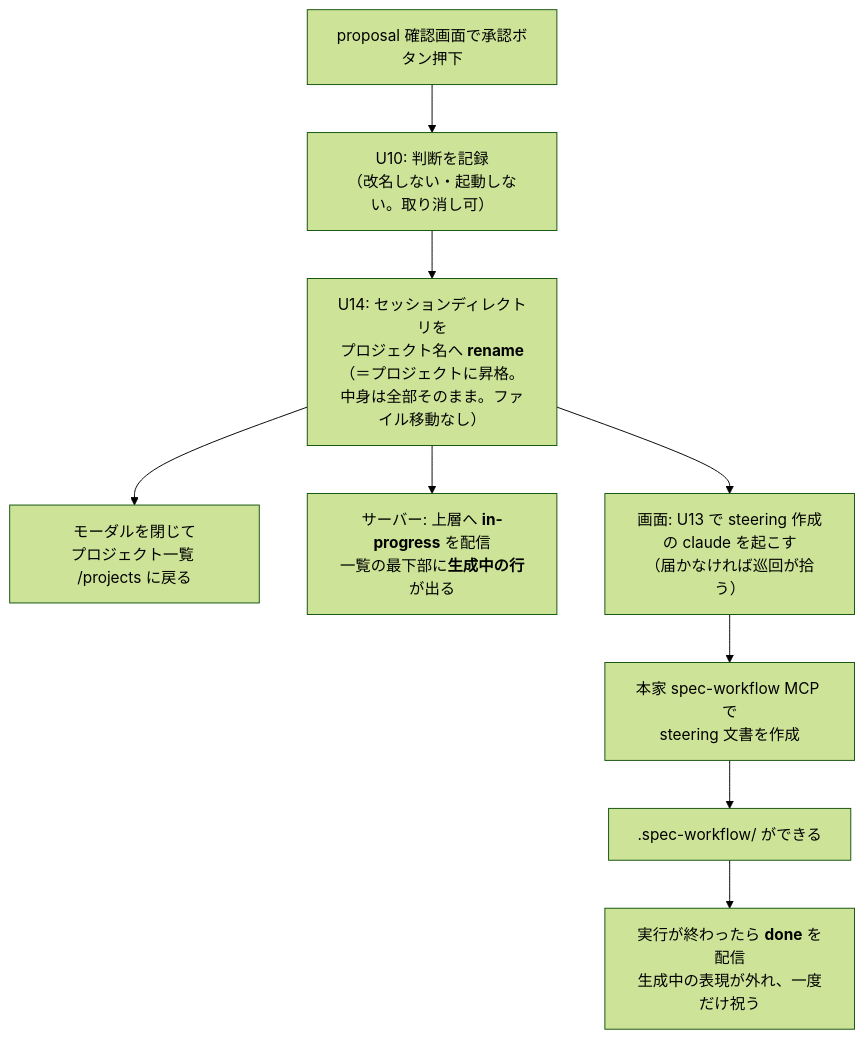
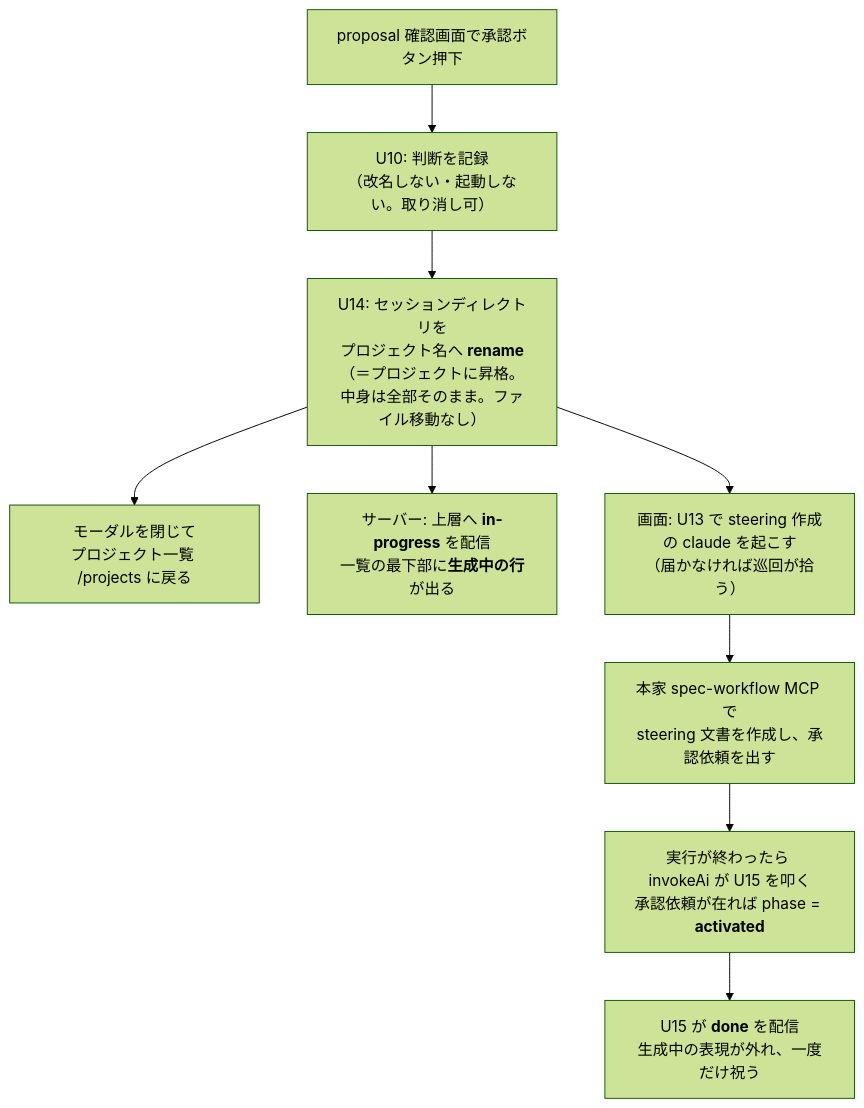
One commit to grrowapp/stroke changed the first of 4 diagrams in docs/specs/plan/portal-stroke-exit.md. Above: the diagram before and after it, drawn with Mermaid (forest theme). The commit also changed other lines of this file and 61 other files, not shown here.

````diff
--- a/docs/specs/plan/portal-stroke-exit.md
+++ b/docs/specs/plan/portal-stroke-exit.md
@@ -11,11 +11,11 @@
 ```mermaid
 flowchart TB
   approve["proposal 確認画面で承認ボタン押下"] --> decide["U10: 判断を記録<br>（改名しない・起動しない。取り消し可）"]
   decide --> ren["U14: セッションディレクトリを<br>プロジェクト名へ <b>rename</b>（＝プロジェクトに昇格。<br>中身は全部そのまま。ファイル移動なし）"]
   ren --> back["モーダルを閉じて<br>プロジェクト一覧 /projects に戻る"]
   ren --> show["サーバー: 上層へ <b>in-progress</b> を配信<br>一覧の最下部に<b>生成中の行</b>が出る"]
   ren --> launch["画面: U13 で steering 作成の claude を起こす<br>（届かなければ巡回が拾う）"]
-  launch --> steering["本家 spec-workflow MCP で<br>steering 文書を作成"]
-  steering --> appear[".spec-workflow/ ができる"]
-  appear --> done["実行が終わったら <b>done</b> を配信<br>生成中の表現が外れ、一度だけ祝う"]
+  launch --> steering["本家 spec-workflow MCP で<br>steering 文書を作成し、承認依頼を出す"]
+  steering --> record["実行が終わったら invokeAi が U15 を叩く<br>承認依頼が在れば phase = <b>activated</b>"]
+  record --> done["U15 が <b>done</b> を配信<br>生成中の表現が外れ、一度だけ祝う"]
 ```
````
